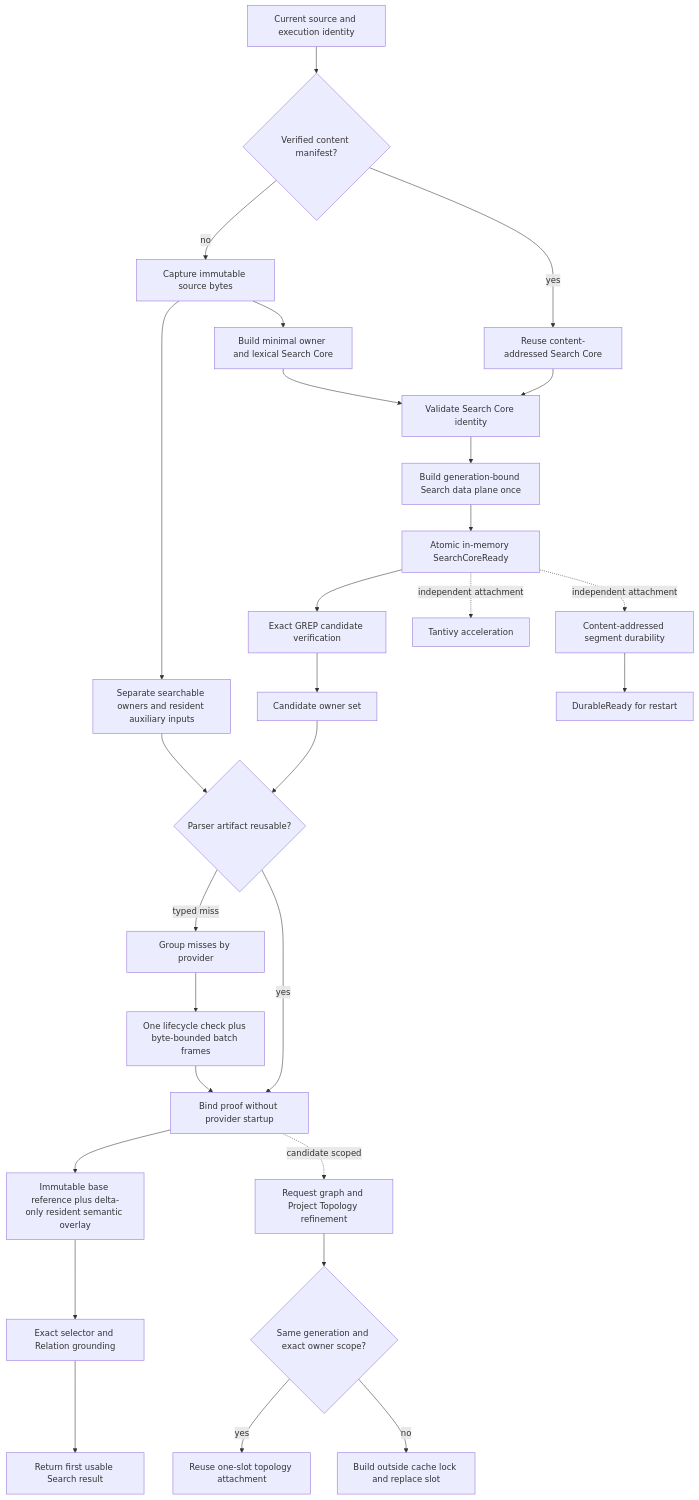
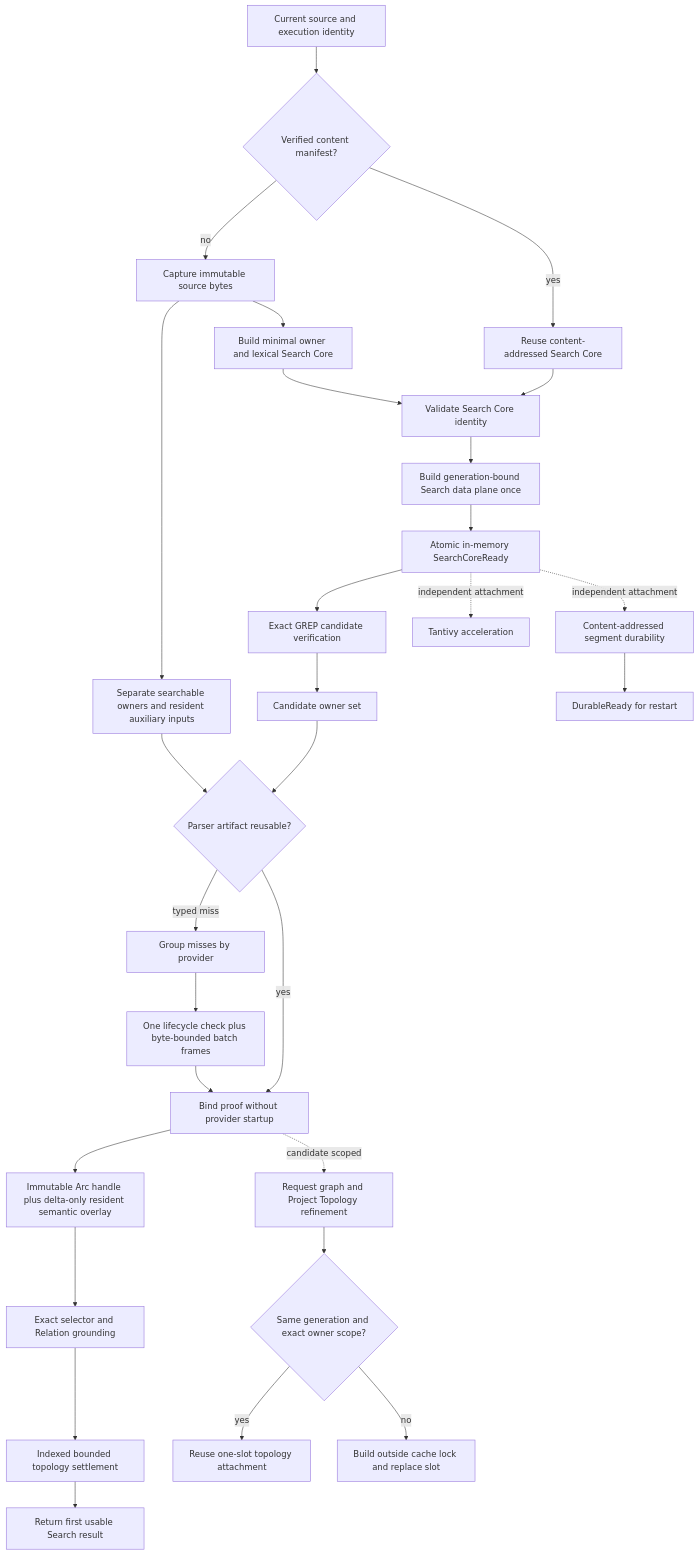
Before and after one commit to tao3k/agent-semantic-protocols: the diagram in docs/10-19-rfcs/10.20-tgrep-performance-architecture-research.org, drawn with Mermaid. The commit also changed other lines of this file and 9 other files, not shown here.

Commit message:
perf(search): index bounded topology settlement

```diff
--- a/docs/10-19-rfcs/10.20-tgrep-performance-architecture-research.org
+++ b/docs/10-19-rfcs/10.20-tgrep-performance-architecture-research.org
@@ -704,30 +704,31 @@
 #+begin_src mermaid :exports code
 flowchart TD
   A[Current source and execution identity] --> B{Verified content manifest?}
   B -->|yes| C[Reuse content-addressed Search Core]
   B -->|no| D[Capture immutable source bytes]
   D --> U[Separate searchable owners and resident auxiliary inputs]
   D --> E[Build minimal owner and lexical Search Core]
   C --> F[Validate Search Core identity]
   E --> F
   F --> X[Build generation-bound Search data plane once]
   X --> G[Atomic in-memory SearchCoreReady]
   G --> H[Exact GREP candidate verification]
   H --> I[Candidate owner set]
   I --> J{Parser artifact reusable?}
   U --> J
   J -->|yes| K[Bind proof without provider startup]
   J -->|typed miss| L[Group misses by provider]
   L --> T[One lifecycle check plus byte-bounded batch frames]
   T --> K
-  K --> S[Immutable base reference plus delta-only resident semantic overlay]
+  K --> S[Immutable Arc handle plus delta-only resident semantic overlay]
   S --> M[Exact selector and Relation grounding]
-  M --> N[Return first usable Search result]
+  M --> Z[Indexed bounded topology settlement]
+  Z --> N[Return first usable Search result]
   G -. independent attachment .-> O[Content-addressed segment durability]
   G -. independent attachment .-> P[Tantivy acceleration]
   K -. candidate scoped .-> Q[Request graph and Project Topology refinement]
   Q --> V{Same generation and exact owner scope?}
   V -->|yes| W[Reuse one-slot topology attachment]
   V -->|no| Y[Build outside cache lock and replace slot]
   O --> R[DurableReady for restart]
 #+end_src
```
